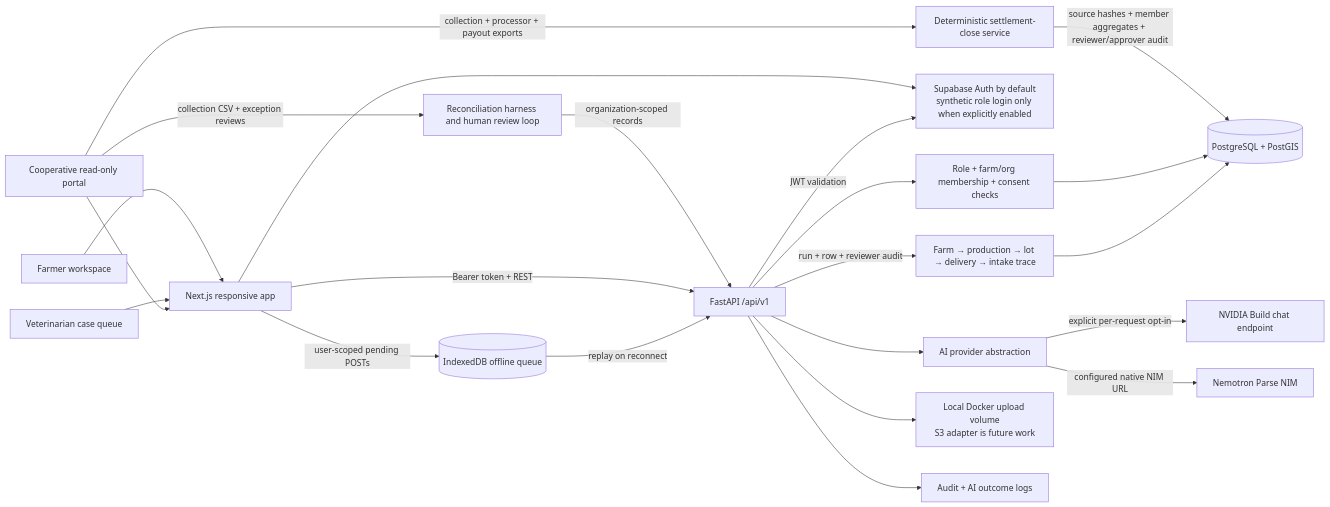
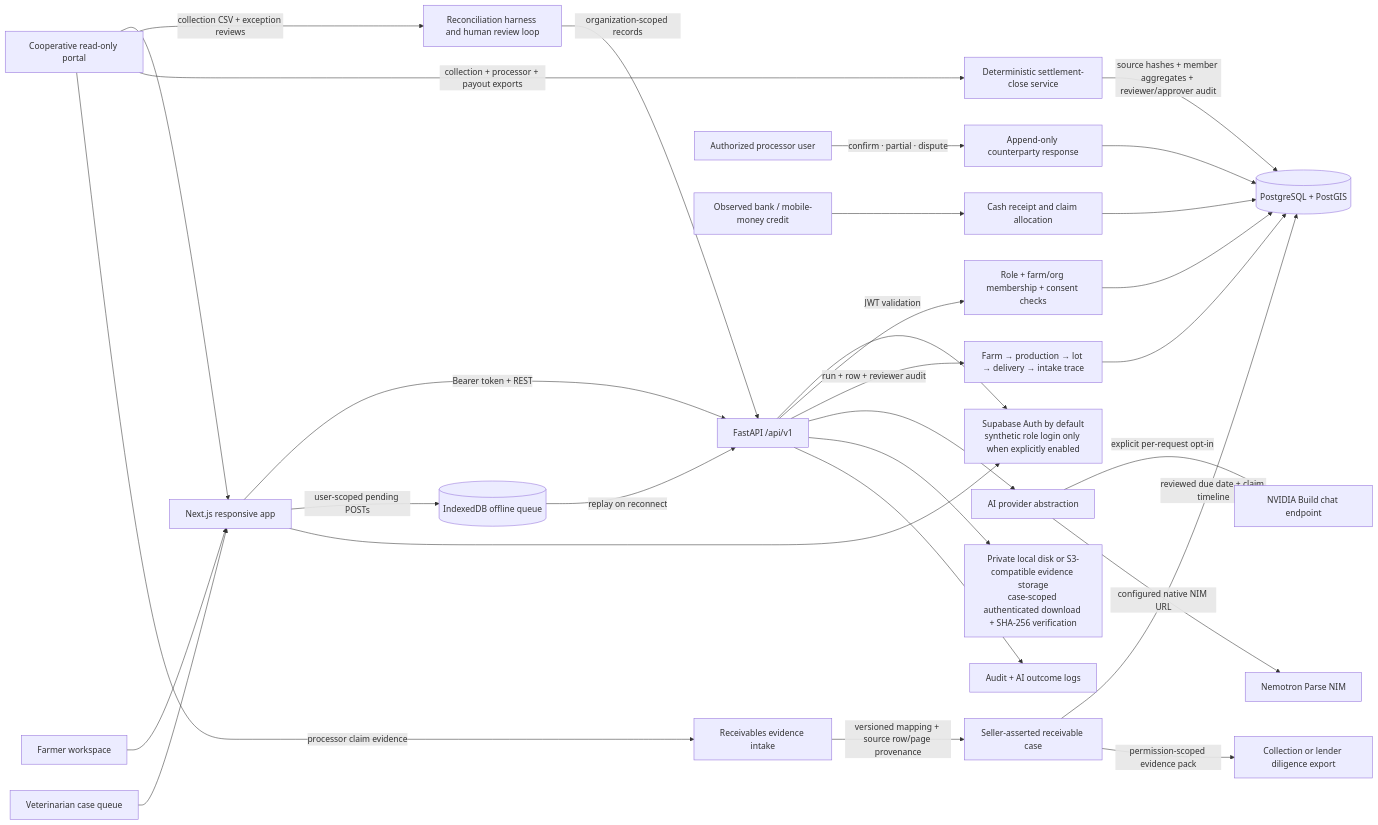
One commit to Jaybe-123456/Terravanta changed the diagram in docs/ARCHITECTURE.md. Above: the diagram before and after it, drawn with Mermaid. The commit also changed other lines of this file and 29 other files, not shown here.

````diff
--- a/docs/ARCHITECTURE.md
+++ b/docs/ARCHITECTURE.md
@@ -3,24 +3,32 @@
 ```mermaid
 flowchart LR
   Farmer[Farmer workspace] --> Web[Next.js responsive app]
   Vet[Veterinarian case queue] --> Web
   Coop[Cooperative read-only portal] --> Web
   Coop -->|collection CSV + exception reviews| Service[Reconciliation harness and human review loop]
   Coop -->|collection + processor + payout exports| Close[Deterministic settlement-close service]
   Close -->|source hashes + member aggregates + reviewer/approver audit| DB
+  Coop -->|processor claim evidence| Intake[Receivables evidence intake]
+  Intake -->|versioned mapping + source row/page provenance| Claim[Seller-asserted receivable case]
+  Claim -->|reviewed due date + claim timeline| DB
+  Processor[Authorized processor user] -->|confirm · partial · dispute| Confirm[Append-only counterparty response]
+  Confirm --> DB
+  Receipt[Observed bank / mobile-money credit] --> Allocation[Cash receipt and claim allocation]
+  Allocation --> DB
+  Claim -->|permission-scoped evidence pack| Pack[Collection or lender diligence export]
   Service -->|organization-scoped records| API
   Web -->|Bearer token + REST| API[FastAPI /api/v1]
   Web -->|user-scoped pending POSTs| IDB[(IndexedDB offline queue)]
   IDB -->|replay on reconnect| API
   Web --> Auth[Supabase Auth by default<br/>synthetic role login only when explicitly enabled]
   API -->|JWT validation| Auth
   API --> Access[Role + farm/org membership + consent checks]
   Access --> DB[(PostgreSQL + PostGIS)]
   API -->|run + row + reviewer audit| Graph[Farm → production → lot → delivery → intake trace]
   Graph --> DB
   API --> AI[AI provider abstraction]
   AI -->|explicit per-request opt-in| NIM[NVIDIA Build chat endpoint]
   AI -->|configured native NIM URL| Parse[Nemotron Parse NIM]
-  API --> Files[Local Docker upload volume<br/>S3 adapter is future work]
+  API --> Evidence[Private local disk or S3-compatible evidence storage<br/>case-scoped authenticated download + SHA-256 verification]
   API --> Logs[Audit + AI outcome logs]
 ```
````
